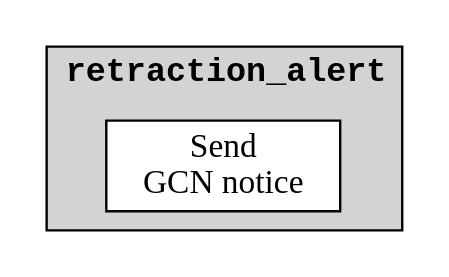
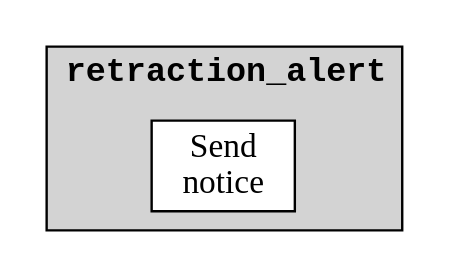
One commit to lpsinger/gwcelery changed the third of 3 diagrams in doc/gwcelery.tasks.orchestrator.rst. Above: the diagram before and after it, drawn with Graphviz. The commit also changed other lines of this file and 7 other files, not shown here.

```diff
--- a/doc/gwcelery.tasks.orchestrator.rst
+++ b/doc/gwcelery.tasks.orchestrator.rst
@@ -239,27 +239,27 @@
 .. digraph:: retraction_alert
 
     compound = true
     nodesep = 0.1
     ranksep = 0.1
 
     node [
         fillcolor = white
         shape = box
         style = filled
         target = "_top"
     ]
 
     graph [
         labeljust = "left"
         style = filled
         target = "_top"
     ]
 
     subgraph cluster_initial_alert {
         href = "../gwcelery.tasks.orchestrator.html#gwcelery.tasks.orchestrator.retraction_alert"
         label = <<B><FONT face="monospace">retraction_alert</FONT></B>>
 
-        send_gcn [
-            label = "Send\nGCN notice"
+        send_notice [
+            label = "Send\nnotice"
         ]
     }
```
